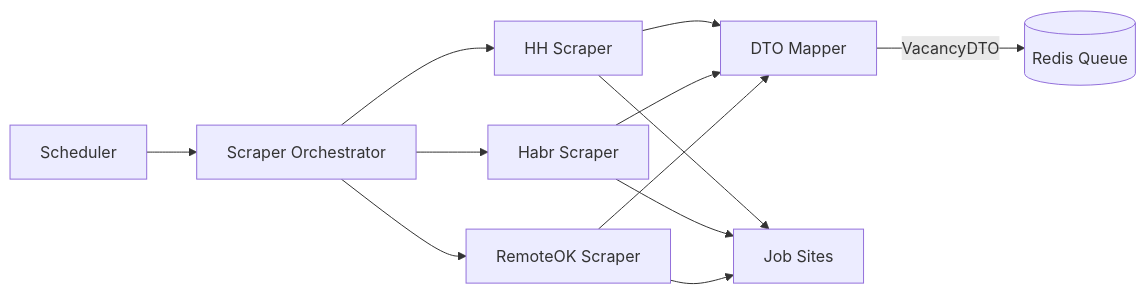
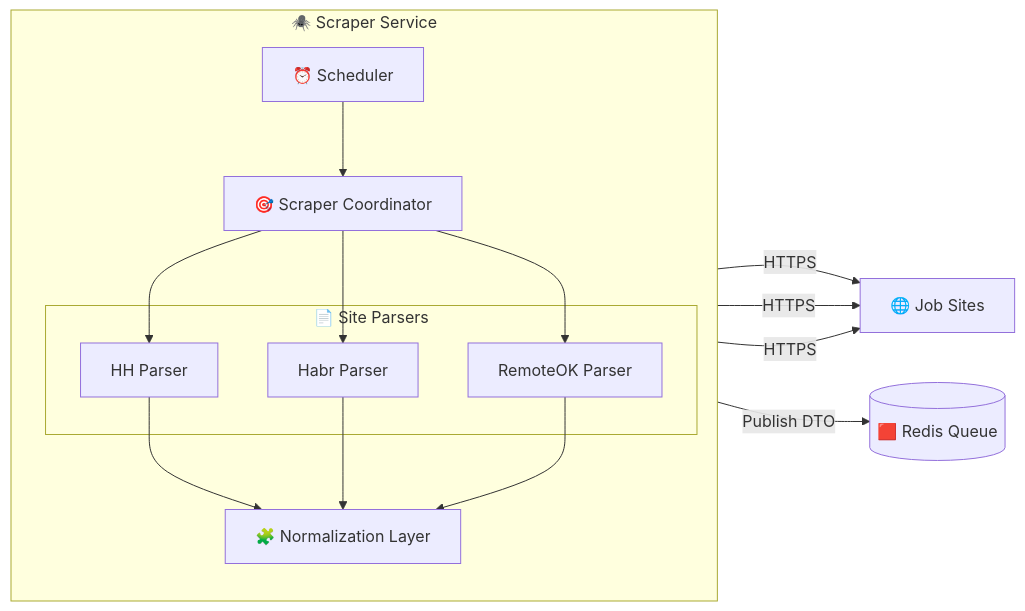
Before and after one commit to ma1sky/job_market_analyzer: the diagram in docs/diagrams/c3-scaper.mmd, drawn with Mermaid. The commit also changed 9 other files, not shown here.

Commit message:
diagram changes

```diff
--- a/docs/diagrams/c3-scaper.mmd
+++ b/docs/diagrams/c3-scaper.mmd
@@ -1,32 +1,49 @@
-
 flowchart LR
 
-    scheduler["Scheduler"]
+sites["🌐 Job Sites"]
 
-    orchestrator["Scraper Orchestrator"]
+redis[("🟥 Redis Queue")]
 
-    hh["HH Scraper"]
-    habr["Habr Scraper"]
-    remote["RemoteOK Scraper"]
+subgraph scraper["🕷️ Scraper Service"]
 
-    mapper["DTO Mapper"]
+    direction TB
 
-    redis[("Redis Queue")]
+    scheduler["⏰ Scheduler"]
 
-    sites["Job Sites"]
+    coordinator["🎯 Scraper Coordinator"]
 
-    scheduler --> orchestrator
+    subgraph parsers["📄 Site Parsers"]
 
-    orchestrator --> hh
-    orchestrator --> habr
-    orchestrator --> remote
+        hh["HH Parser"]
 
-    hh --> sites
-    habr --> sites
-    remote --> sites
+        habr["Habr Parser"]
 
-    hh --> mapper
-    habr --> mapper
-    remote --> mapper
+        remote["RemoteOK Parser"]
 
-    mapper -->|"VacancyDTO"| redis
+    end
+
+    normalize["🧩 Normalization Layer"]
+
+end
+
+scheduler --> coordinator
+
+coordinator --> hh
+coordinator --> habr
+coordinator --> remote
+
+hh -->|"HTTPS"| sites
+habr -->|"HTTPS"| sites
+remote -->|"HTTPS"| sites
+
+hh --> normalize
+habr --> normalize
+remote --> normalize
+
+normalize -->|"Publish DTO"| redis
+
+class scheduler,coordinator,hh,habr,remote,normalize service
+
+class redis cache
+
+class sites external
```
